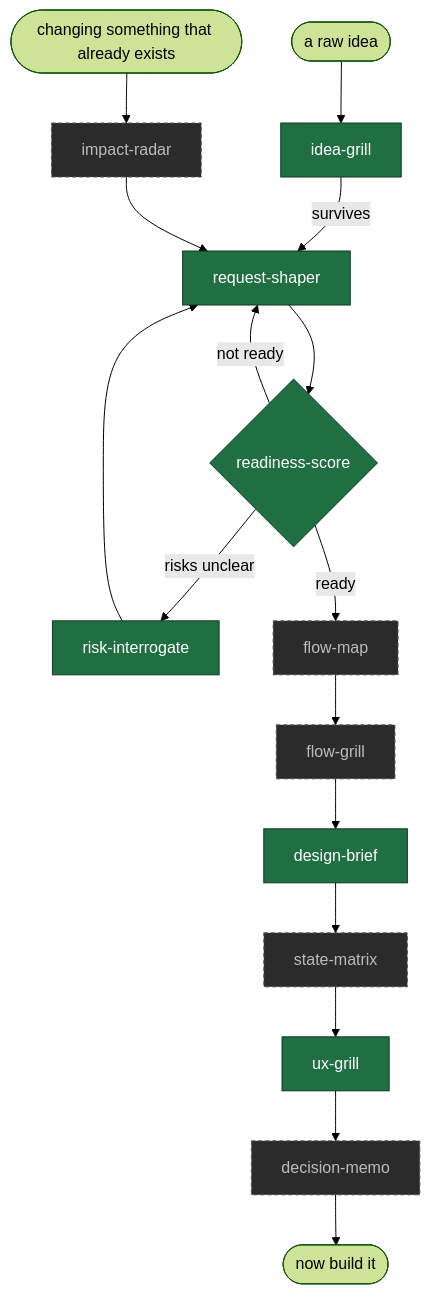
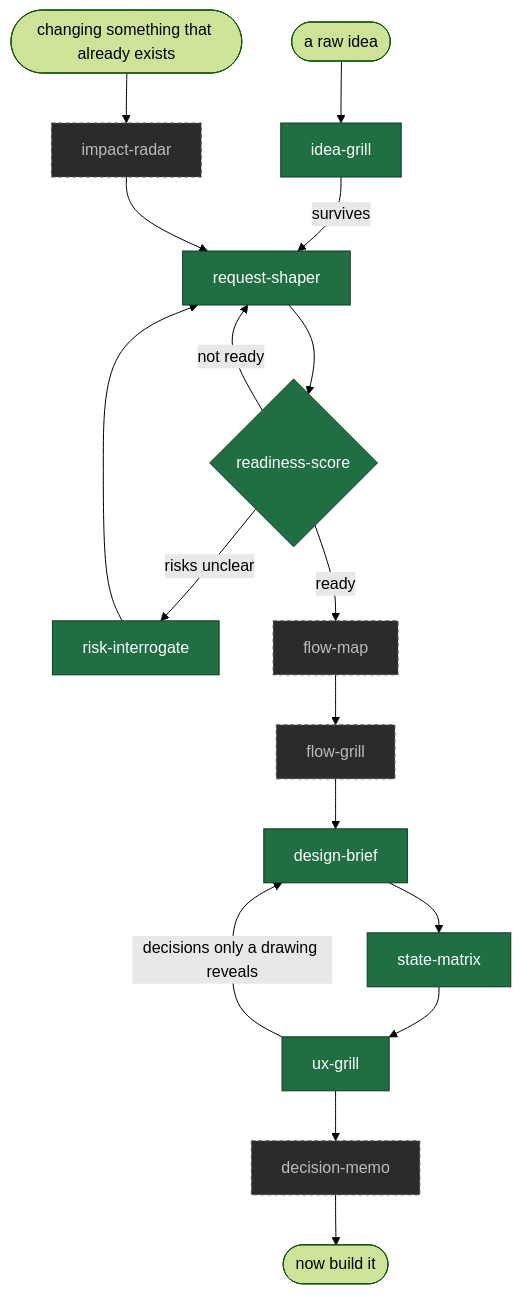
The diagram in README.md (ratipcan-uysal/before-you-build), drawn with Mermaid (forest theme) before and after one commit. The commit also changed other lines of this file and 5 other files, not shown here.

````diff
--- a/README.md
+++ b/README.md
@@ -36,23 +36,24 @@
 ```mermaid
 flowchart TD
     idea([a raw idea]) --> IG[idea-grill]
     IG -->|survives| RS[request-shaper]
     RS --> SC{readiness-score}
     SC -->|not ready| RS
     SC -->|risks unclear| RI[risk-interrogate]
     RI --> RS
     SC -->|ready| FM[flow-map]
     FM --> FG[flow-grill]
     FG --> DB[design-brief]
     DB --> SM[state-matrix]
     SM --> UX[ux-grill]
+    UX -->|decisions only a drawing reveals| DB
     UX --> DM[decision-memo]
     DM --> out([now build it])
     change([changing something that already exists]) --> IR[impact-radar]
     IR --> RS
 
     classDef shipped fill:#1f6f43,stroke:#0d3a23,color:#fff
     classDef planned fill:#2b2b2b,stroke:#555,color:#bbb,stroke-dasharray:4 3
-    class IG,RS,SC,RI,DB,UX shipped
-    class FM,FG,SM,IR,DM planned
+    class IG,RS,SC,RI,DB,UX,SM shipped
+    class FM,FG,IR,DM planned
 ```
````
